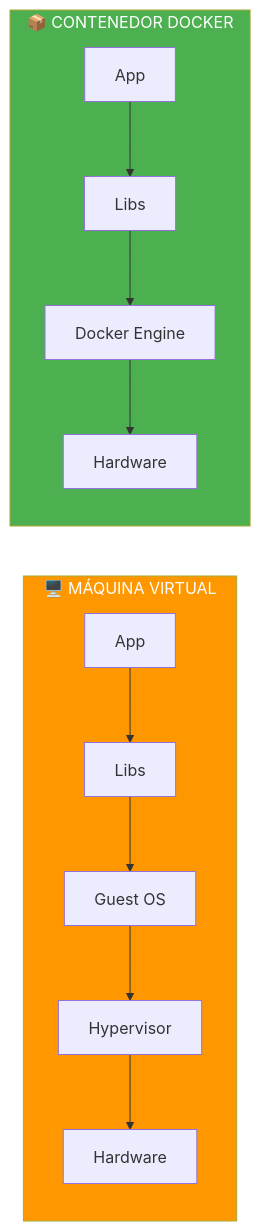
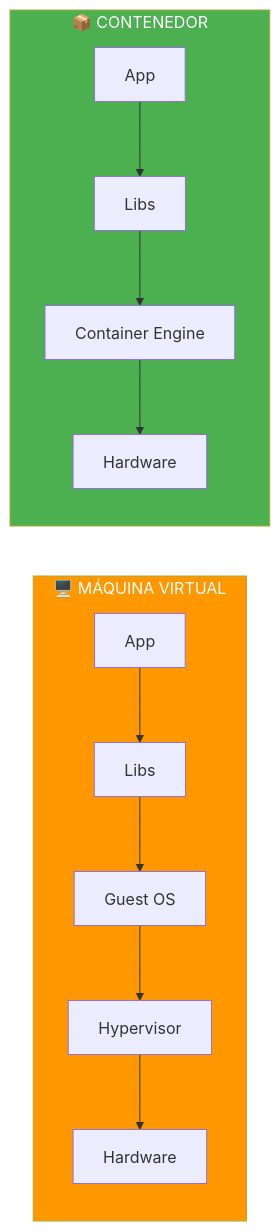
Before and after one commit to joseluisgs/DesarrolloWebEntornosServidor-01-2026-2027: the fourth of 7 diagrams in 09-despliegue.md, drawn with Mermaid. The commit also changed other lines of this file and 4 other files, not shown here.

````diff
--- a/09-despliegue.md
+++ b/09-despliegue.md
@@ -134,13 +135,13 @@
 ```mermaid
 graph LR
     subgraph VM["🖥️ MÁQUINA VIRTUAL"]
         A1["App"] --> A2["Libs"] --> A3["Guest OS"] --> A4["Hypervisor"] --> A5["Hardware"]
     end
 
-    subgraph DC["📦 CONTENEDOR DOCKER"]
-        B1["App"] --> B2["Libs"] --> B3["Docker Engine"] --> B4["Hardware"]
+    subgraph DC["📦 CONTENEDOR"]
+        B1["App"] --> B2["Libs"] --> B3["Container Engine"] --> B4["Hardware"]
     end
 
     style VM fill:#FF9800,color:#fff
     style DC fill:#4CAF50,color:#fff
 ```
````
